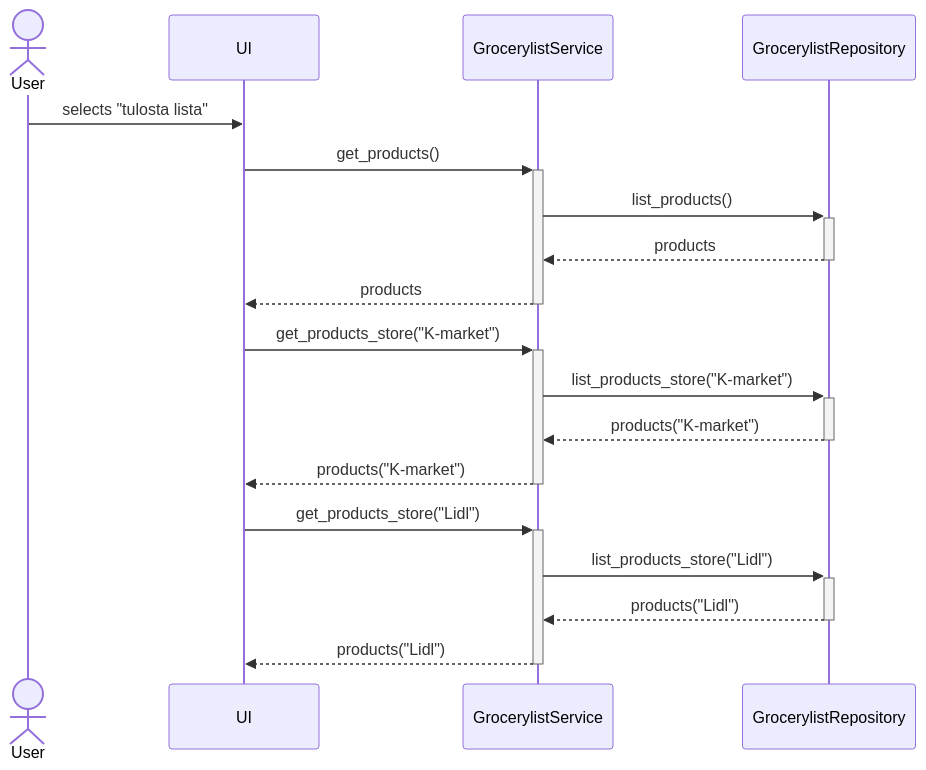
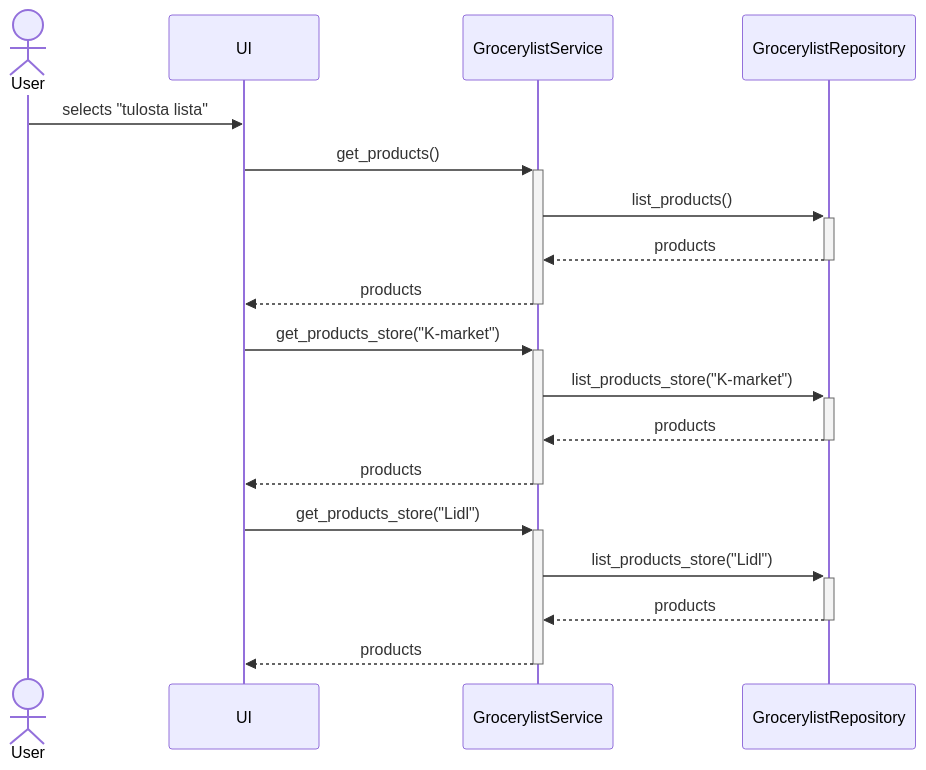
One commit to ounisk/ot_harjoitustyo changed the fifth of 6 diagrams in dokumentaatio/arkkitehtuuri.md. Above: the diagram before and after it, drawn with Mermaid.

````diff
--- a/dokumentaatio/arkkitehtuuri.md
+++ b/dokumentaatio/arkkitehtuuri.md
@@ -106,20 +106,20 @@
 ```mermaid
 sequenceDiagram
   actor User
   participant UI
   participant GrocerylistService
   participant GrocerylistRepository
   User ->> UI: selects "tulosta lista"
   UI ->> +GrocerylistService: get_products()
   GrocerylistService ->> +GrocerylistRepository: list_products()
   GrocerylistRepository -->> -GrocerylistService: products 
   GrocerylistService -->> -UI: products
   UI ->> +GrocerylistService: get_products_store("K-market")
   GrocerylistService ->> +GrocerylistRepository: list_products_store("K-market")
-  GrocerylistRepository -->> -GrocerylistService: products("K-market")
-  GrocerylistService -->> -UI: products("K-market")
+  GrocerylistRepository -->> -GrocerylistService: products
+  GrocerylistService -->> -UI: products
    UI ->> +GrocerylistService: get_products_store("Lidl")
   GrocerylistService ->> +GrocerylistRepository: list_products_store("Lidl")
-  GrocerylistRepository -->> -GrocerylistService: products("Lidl")
-  GrocerylistService -->> -UI: products("Lidl")
+  GrocerylistRepository -->> -GrocerylistService: products
+  GrocerylistService -->> -UI: products
  ``` 
````
